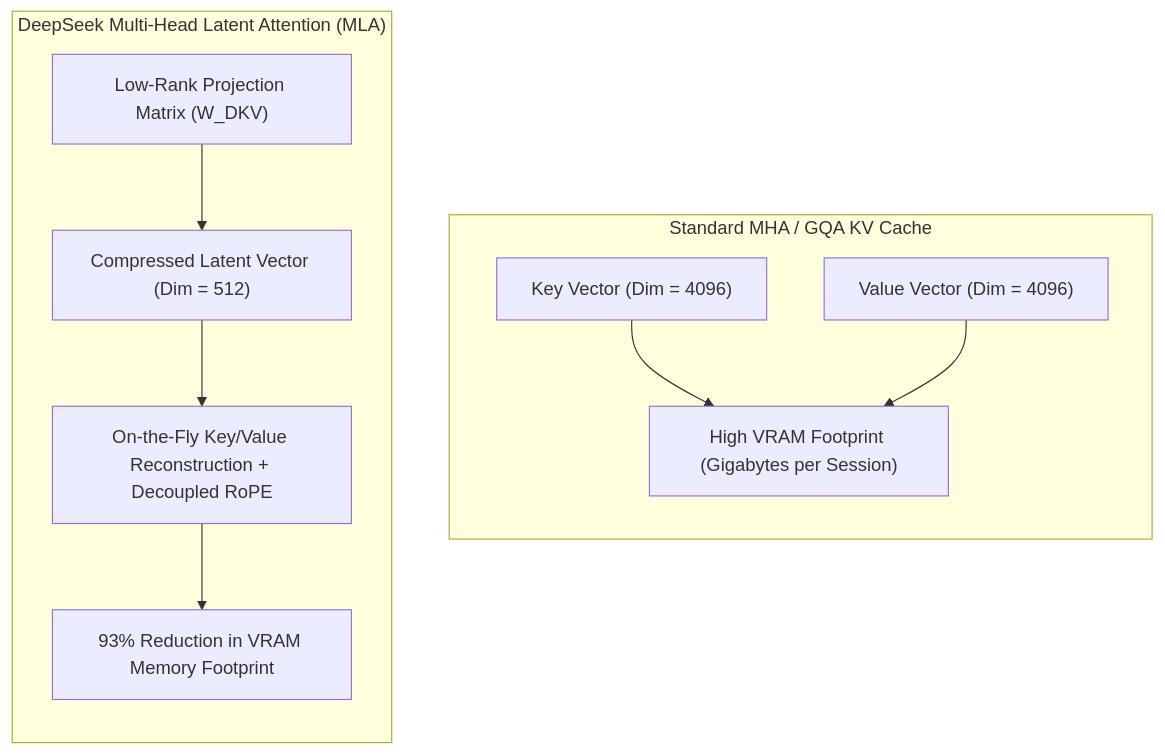
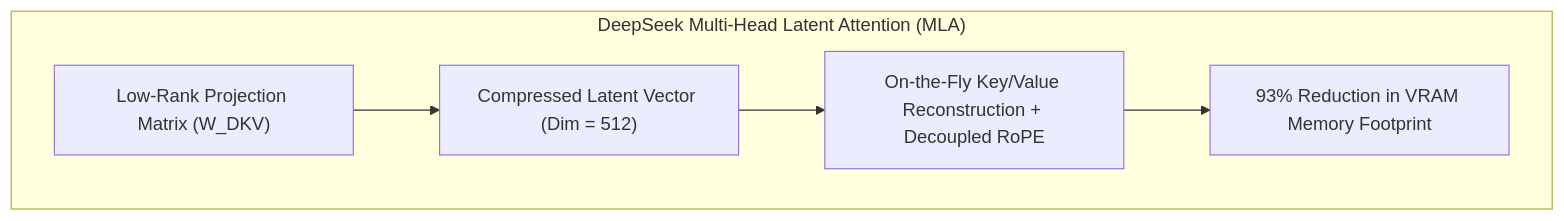
Before and after one commit to narenandu/narenvadapalli_dot_com: the seventh of 7 diagrams in contents/blog/0064-deepseek-architectural-inflection-point/index.md, drawn with Mermaid. The commit also changed other lines of this file and 22 other files, not shown here.

Commit message:
fix(blog): resolve side-by-side Mermaid diagrams, KaTeX math formatting, and alert tags across all blogs

````diff
--- a/contents/blog/0064-deepseek-architectural-inflection-point/index.md
+++ b/contents/blog/0064-deepseek-architectural-inflection-point/index.md
@@ -82,16 +102,8 @@
 ```mermaid
 flowchart TD
-    subgraph StandardMHA["Standard MHA / GQA KV Cache"]
-        direction TB
-        M1["Key Vector (Dim = 4096)"]
-        M2["Value Vector (Dim = 4096)"]
-        M1 --> M3["High VRAM Footprint (Gigabytes per Session)"]
-        M2 --> M3
-    end
     subgraph DeepSeekMLA["DeepSeek Multi-Head Latent Attention (MLA)"]
-        direction TB
         L1["Low-Rank Projection Matrix (W_DKV)"] --> L2["Compressed Latent Vector (Dim = 512)"]
         L2 --> L3["On-the-Fly Key/Value Reconstruction + Decoupled RoPE"]
         L3 --> L4["93% Reduction in VRAM Memory Footprint"]
     end
 ```
````
